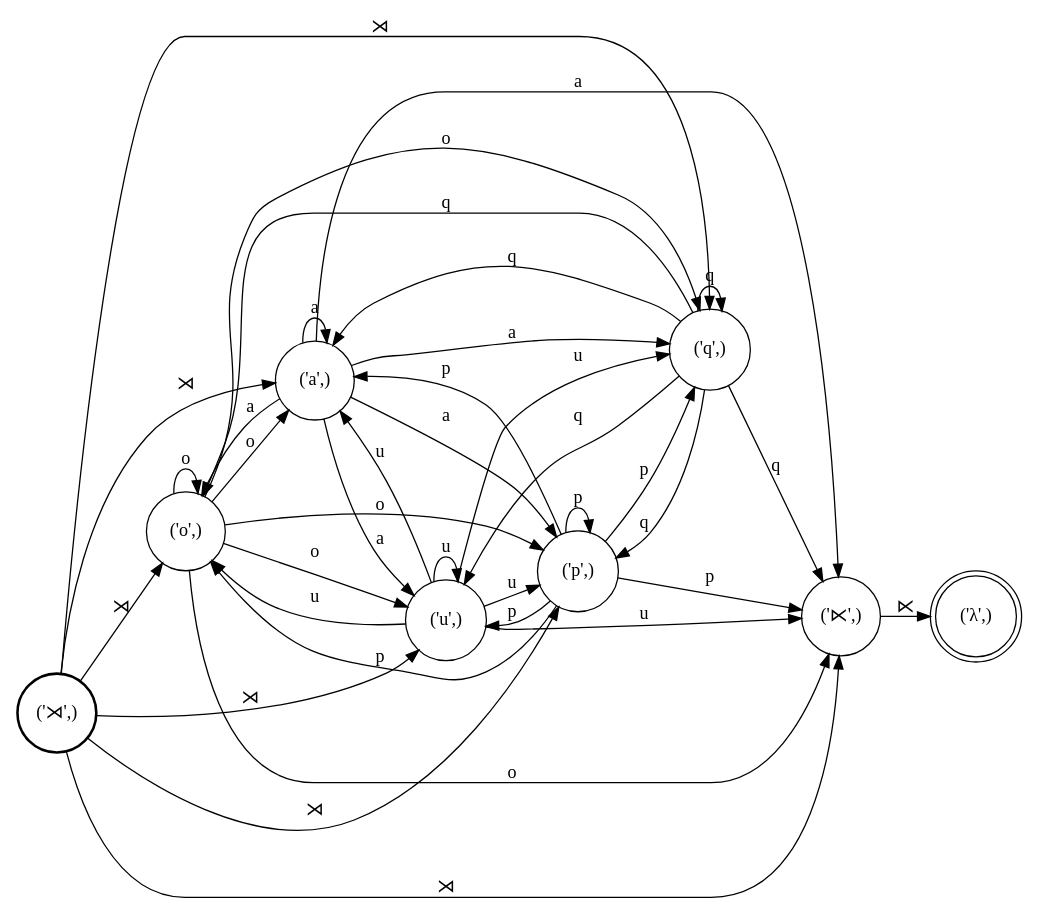
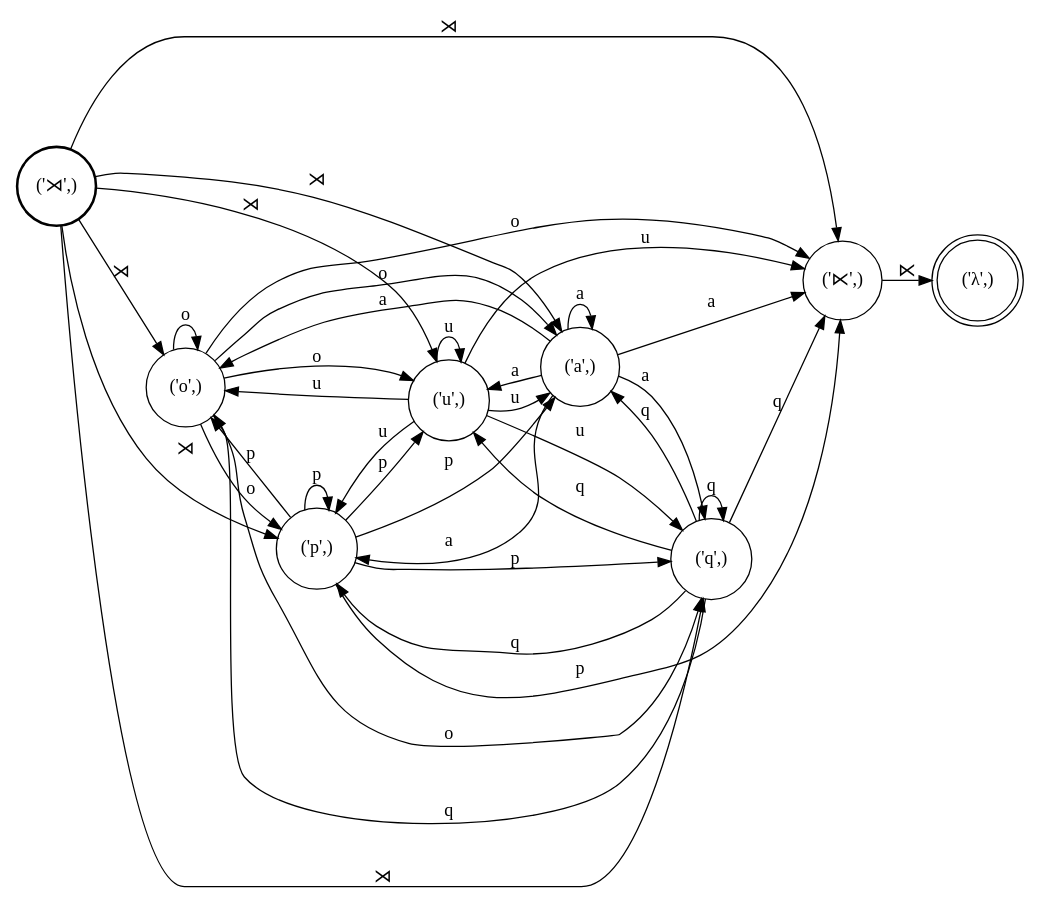
Before and after one commit to colincwilson/statgram: the diagram in demo/quechua/Right_context.dot, drawn with Graphviz. The commit also changed 11 other files, not shown here.

```diff
--- a/demo/quechua/Right_context.dot
+++ b/demo/quechua/Right_context.dot
@@ -1,53 +1,53 @@
 digraph FST {
 rankdir = LR;
 size = "8.5,11";
 center = 1;
 orientation = Portrait;
 ranksep = "0.4";
 nodesep = "0.25";
 7 [label = "('⋊',)", shape = circle, style = bold, fontsize = 14]
+	7 -> 5 [label = "⋊", fontsize = 14];
 	7 -> 4 [label = "⋊", fontsize = 14];
-	7 -> 5 [label = "⋊", fontsize = 14];
-	7 -> 1 [label = "⋊", fontsize = 14];
-	7 -> 3 [label = "⋊", fontsize = 14];
 	7 -> 6 [label = "⋊", fontsize = 14];
 	7 -> 2 [label = "⋊", fontsize = 14];
+	7 -> 3 [label = "⋊", fontsize = 14];
+	7 -> 1 [label = "⋊", fontsize = 14];
 0 [label = "('λ',)", shape = doublecircle, style = solid, fontsize = 14]
 1 [label = "('⋉',)", shape = circle, style = solid, fontsize = 14]
 	1 -> 0 [label = "⋉", fontsize = 14];
-2 [label = "('u',)", shape = circle, style = solid, fontsize = 14]
-	2 -> 1 [label = "u", fontsize = 14];
-	2 -> 4 [label = "u", fontsize = 14];
-	2 -> 6 [label = "u", fontsize = 14];
-	2 -> 5 [label = "u", fontsize = 14];
-	2 -> 3 [label = "u", fontsize = 14];
-	2 -> 2 [label = "u", fontsize = 14];
-3 [label = "('q',)", shape = circle, style = solid, fontsize = 14]
-	3 -> 1 [label = "q", fontsize = 14];
-	3 -> 4 [label = "q", fontsize = 14];
-	3 -> 6 [label = "q", fontsize = 14];
-	3 -> 5 [label = "q", fontsize = 14];
-	3 -> 3 [label = "q", fontsize = 14];
-	3 -> 2 [label = "q", fontsize = 14];
-4 [label = "('o',)", shape = circle, style = solid, fontsize = 14]
-	4 -> 1 [label = "o", fontsize = 14];
-	4 -> 4 [label = "o", fontsize = 14];
-	4 -> 6 [label = "o", fontsize = 14];
-	4 -> 5 [label = "o", fontsize = 14];
-	4 -> 3 [label = "o", fontsize = 14];
-	4 -> 2 [label = "o", fontsize = 14];
-5 [label = "('a',)", shape = circle, style = solid, fontsize = 14]
-	5 -> 1 [label = "a", fontsize = 14];
-	5 -> 4 [label = "a", fontsize = 14];
-	5 -> 6 [label = "a", fontsize = 14];
-	5 -> 5 [label = "a", fontsize = 14];
-	5 -> 3 [label = "a", fontsize = 14];
-	5 -> 2 [label = "a", fontsize = 14];
-6 [label = "('p',)", shape = circle, style = solid, fontsize = 14]
-	6 -> 1 [label = "p", fontsize = 14];
-	6 -> 4 [label = "p", fontsize = 14];
-	6 -> 6 [label = "p", fontsize = 14];
-	6 -> 5 [label = "p", fontsize = 14];
-	6 -> 3 [label = "p", fontsize = 14];
-	6 -> 2 [label = "p", fontsize = 14];
+2 [label = "('q',)", shape = circle, style = solid, fontsize = 14]
+	2 -> 1 [label = "q", fontsize = 14];
+	2 -> 6 [label = "q", fontsize = 14];
+	2 -> 2 [label = "q", fontsize = 14];
+	2 -> 3 [label = "q", fontsize = 14];
+	2 -> 5 [label = "q", fontsize = 14];
+	2 -> 4 [label = "q", fontsize = 14];
+3 [label = "('a',)", shape = circle, style = solid, fontsize = 14]
+	3 -> 1 [label = "a", fontsize = 14];
+	3 -> 6 [label = "a", fontsize = 14];
+	3 -> 2 [label = "a", fontsize = 14];
+	3 -> 3 [label = "a", fontsize = 14];
+	3 -> 5 [label = "a", fontsize = 14];
+	3 -> 4 [label = "a", fontsize = 14];
+4 [label = "('p',)", shape = circle, style = solid, fontsize = 14]
+	4 -> 1 [label = "p", fontsize = 14];
+	4 -> 6 [label = "p", fontsize = 14];
+	4 -> 2 [label = "p", fontsize = 14];
+	4 -> 3 [label = "p", fontsize = 14];
+	4 -> 5 [label = "p", fontsize = 14];
+	4 -> 4 [label = "p", fontsize = 14];
+5 [label = "('o',)", shape = circle, style = solid, fontsize = 14]
+	5 -> 1 [label = "o", fontsize = 14];
+	5 -> 6 [label = "o", fontsize = 14];
+	5 -> 2 [label = "o", fontsize = 14];
+	5 -> 3 [label = "o", fontsize = 14];
+	5 -> 5 [label = "o", fontsize = 14];
+	5 -> 4 [label = "o", fontsize = 14];
+6 [label = "('u',)", shape = circle, style = solid, fontsize = 14]
+	6 -> 1 [label = "u", fontsize = 14];
+	6 -> 6 [label = "u", fontsize = 14];
+	6 -> 2 [label = "u", fontsize = 14];
+	6 -> 3 [label = "u", fontsize = 14];
+	6 -> 5 [label = "u", fontsize = 14];
+	6 -> 4 [label = "u", fontsize = 14];
 }
```
